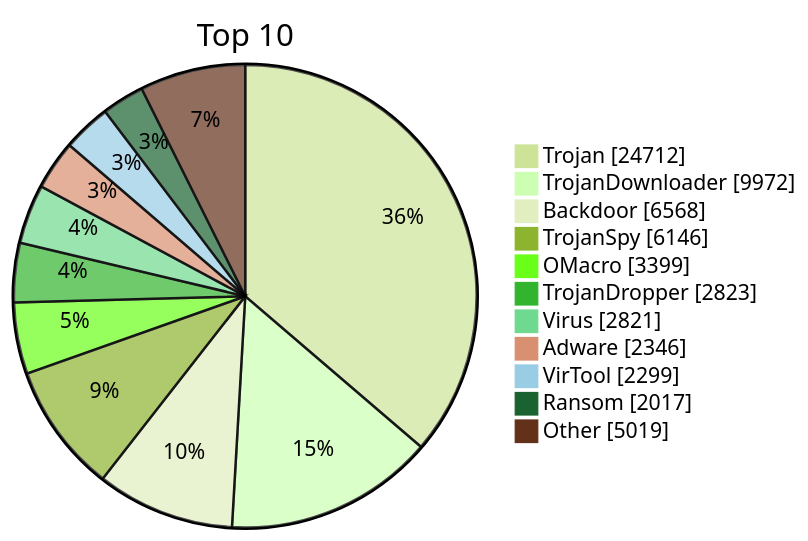
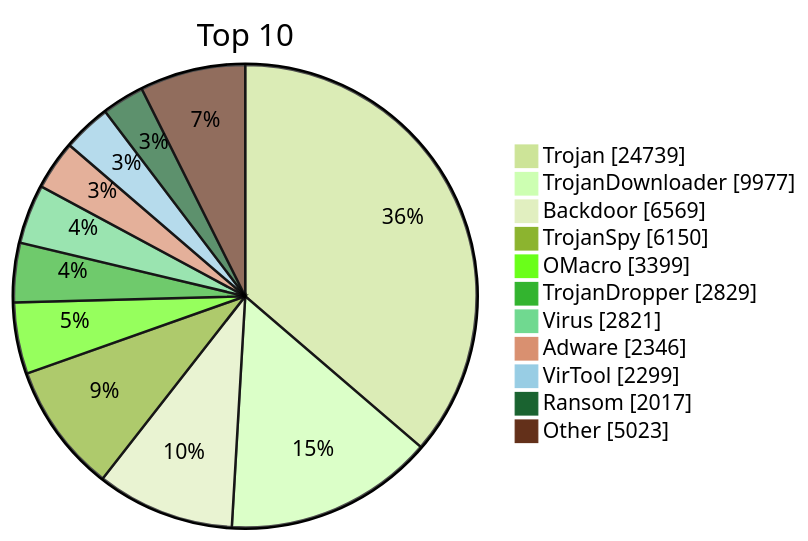
Before and after one commit to JerryLinLinLin/huorong-virdb-changelog: the diagram in README.md, drawn with Mermaid (forest theme). The commit also changed other lines of this file and 15 other files, not shown here.

````diff
--- a/README.md
+++ b/README.md
@@ -19,15 +19,15 @@
 ```mermaid
 pie showData
     title Top 10
-    "Trojan" : 24712
-    "TrojanDownloader" : 9972
-    "Backdoor" : 6568
-    "TrojanSpy" : 6146
+    "Trojan" : 24739
+    "TrojanDownloader" : 9977
+    "Backdoor" : 6569
+    "TrojanSpy" : 6150
     "OMacro" : 3399
-    "TrojanDropper" : 2823
+    "TrojanDropper" : 2829
     "Virus" : 2821
     "Adware" : 2346
     "VirTool" : 2299
     "Ransom" : 2017
-    "Other" : 5019
+    "Other" : 5023
 ```
````
